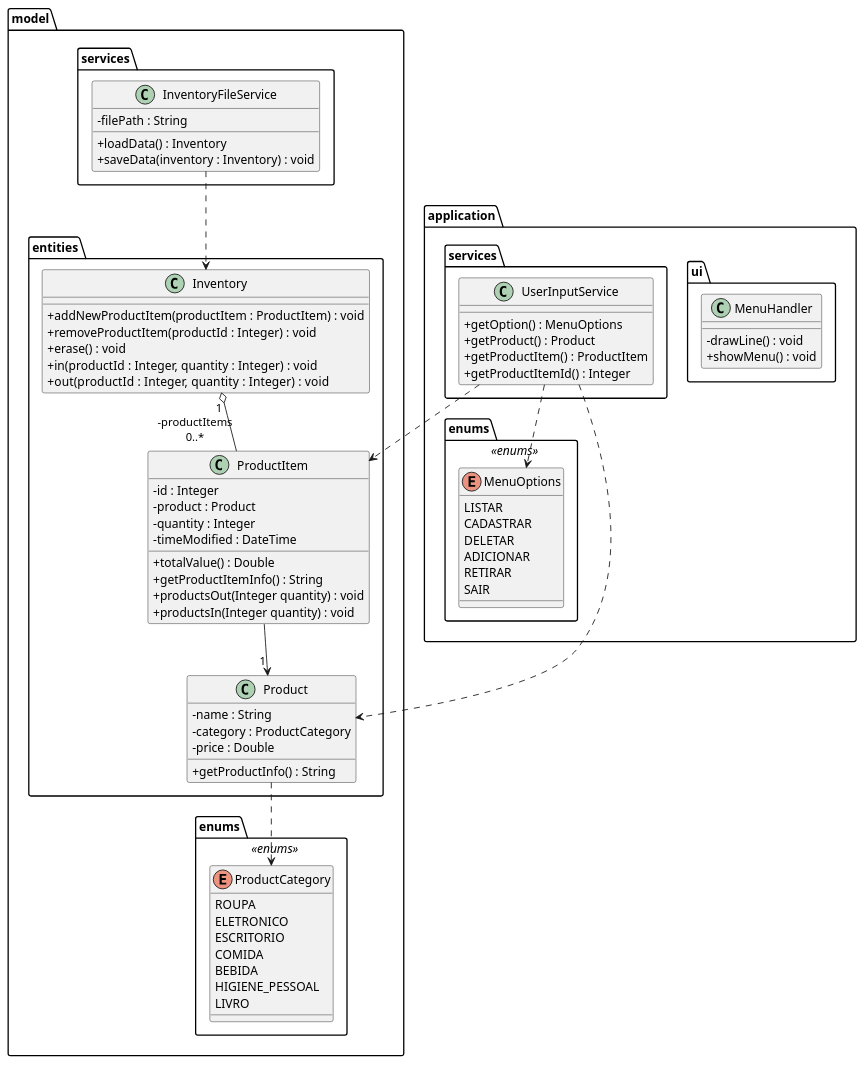
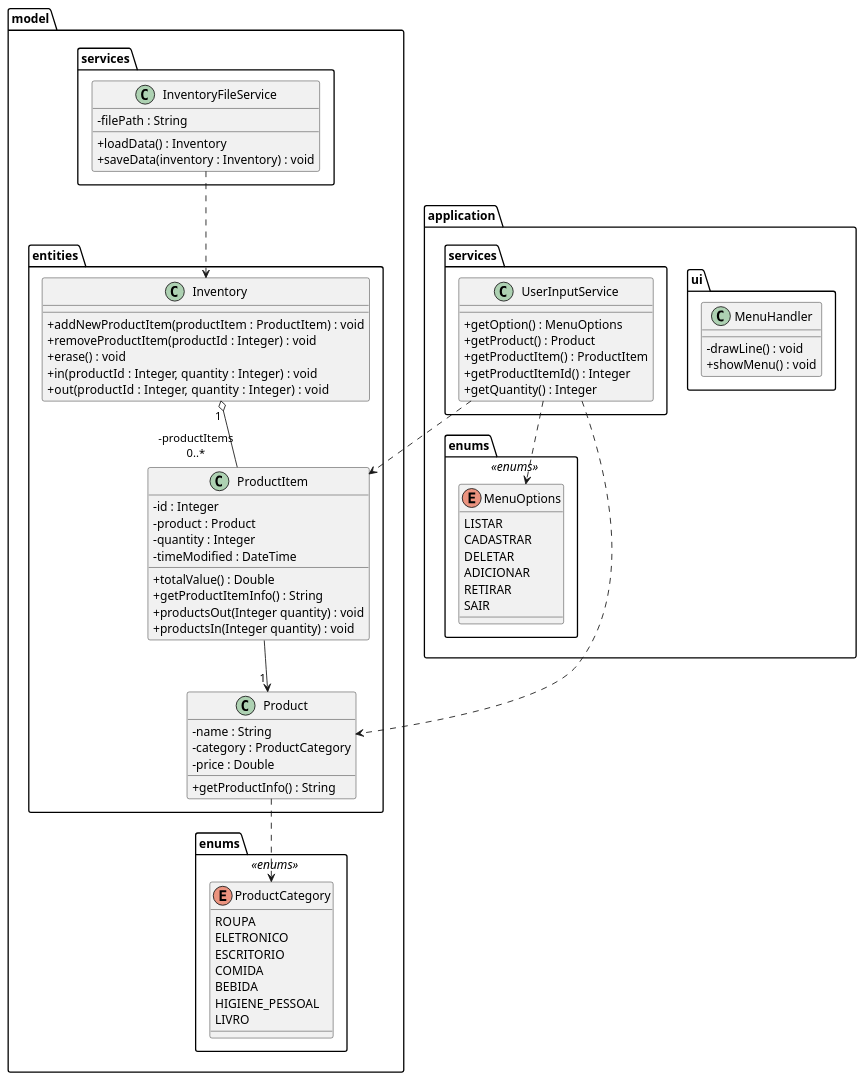
Before and after one commit to victormmcouto/java-crud-console: the diagram in java-crud-console-umlclass.puml, drawn with PlantUML.

Commit message:
feat: Adiciona método getQuantity() ao serviço de input do usuário

```diff
--- a/java-crud-console-umlclass.puml
+++ b/java-crud-console-umlclass.puml
@@ -1,83 +1,84 @@
 @startuml
 skinparam classAttributeIconSize 0
 package model {
   package entities {
     class Product {
       - name : String
       - category : ProductCategory
       - price : Double
       + getProductInfo() : String
     }
     class Inventory {
       + addNewProductItem(productItem : ProductItem) : void
       + removeProductItem(productId : Integer) : void
       + erase() : void
       + in(productId : Integer, quantity : Integer) : void
       + out(productId : Integer, quantity : Integer) :  void
     }
     class ProductItem {
       - id : Integer
       - product : Product
       - quantity : Integer
       - timeModified : DateTime
       + totalValue() : Double
       + getProductItemInfo() : String
       + productsOut(Integer quantity) : void
       + productsIn(Integer quantity) : void
     }
   }
   package services {
       class InventoryFileService {
       - filePath : String
       + loadData() : Inventory
       + saveData(inventory : Inventory) : void
     }
   }
   package enums <<enums>> {
     enum ProductCategory {
       ROUPA
       ELETRONICO
       ESCRITORIO
       COMIDA
       BEBIDA
       HIGIENE_PESSOAL
       LIVRO
     }
   }
 }
 
 package application {
   package application.ui {
     class MenuHandler {
     - drawLine() : void
     + showMenu() : void
     }
   }
   package enums <<enums>> {
     enum MenuOptions {
       LISTAR
       CADASTRAR
       DELETAR
       ADICIONAR
       RETIRAR
       SAIR
     }
   }
   package services {
     class UserInputService {
       + getOption() : MenuOptions
       + getProduct() : Product
       + getProductItem() : ProductItem
       + getProductItemId() : Integer
+      + getQuantity() : Integer
     }
   }
 }
 
 ProductItem --> "\t1" Product
 Inventory "\t1" o-- "-productItems\n0..*" ProductItem
 InventoryFileService ..> Inventory
 Product ..> ProductCategory
 UserInputService ..> MenuOptions
 UserInputService ..> Product
 UserInputService ..> ProductItem
 @enduml
```
